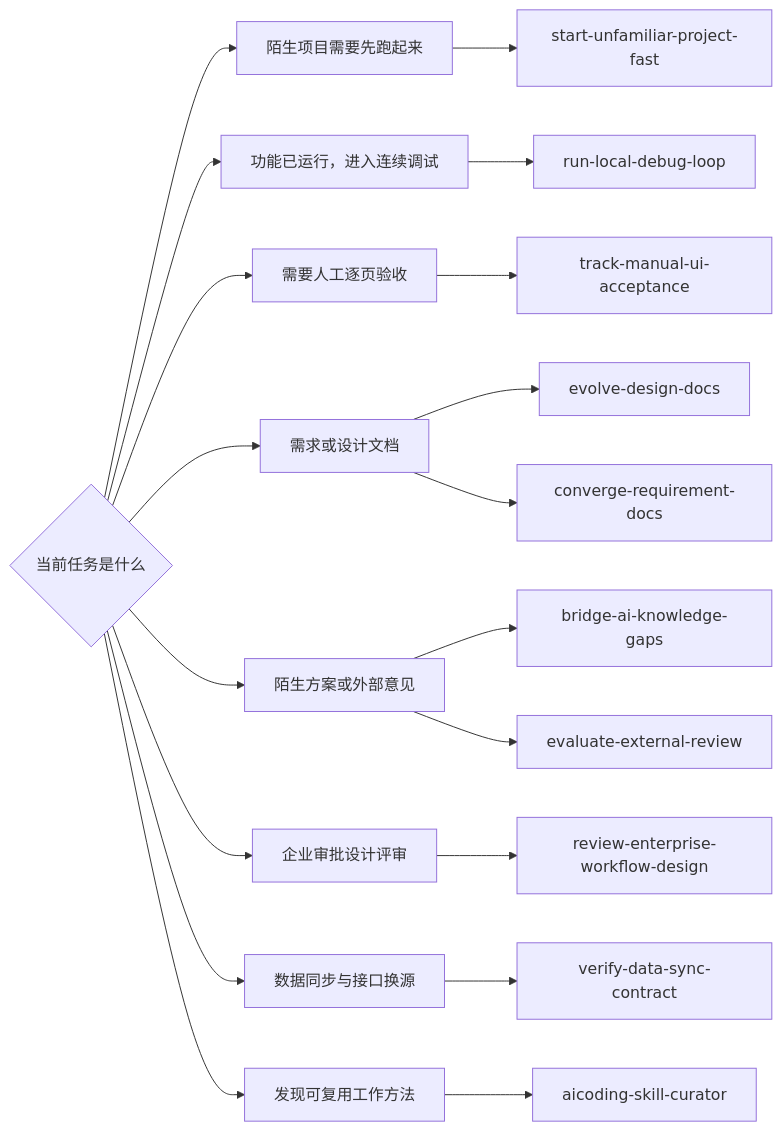
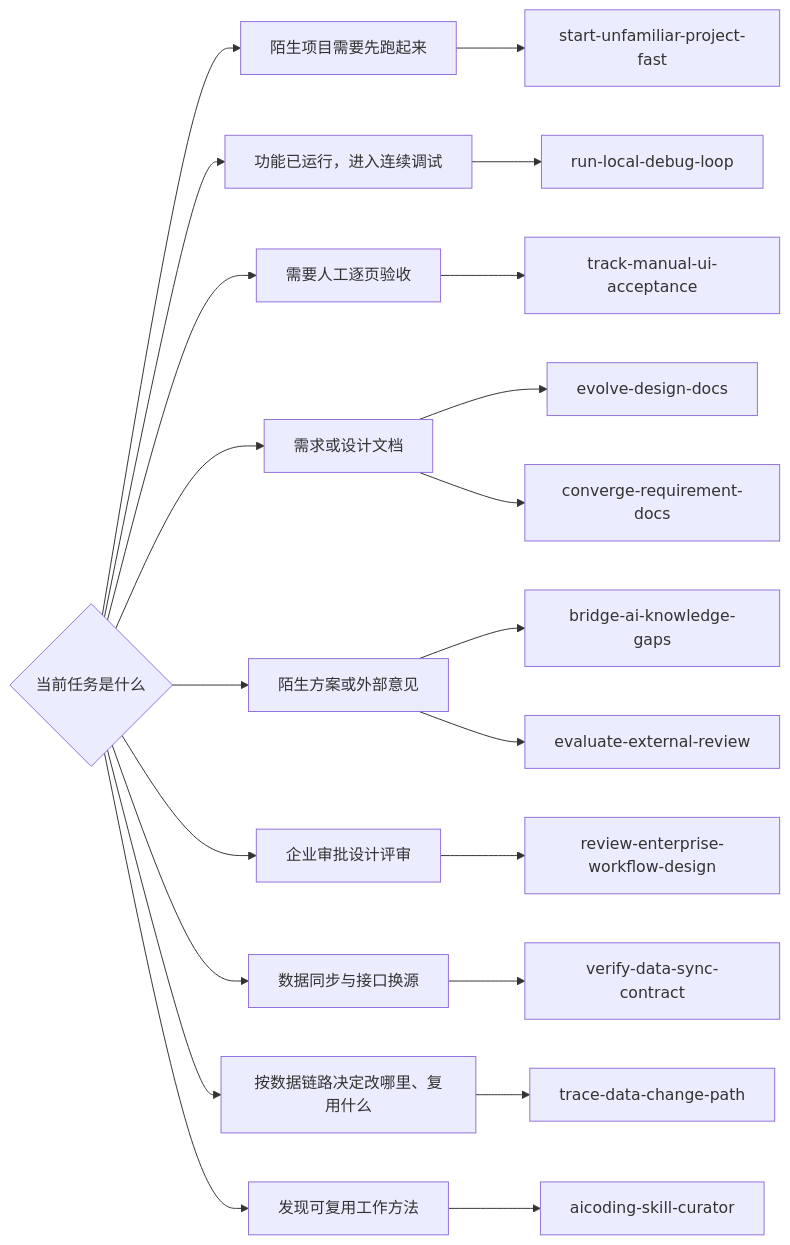
Before and after one commit to KelvinFanXian/aicoding: the diagram in README.md, drawn with Mermaid. The commit also changed other lines of this file and 7 other files, not shown here.

````diff
--- a/README.md
+++ b/README.md
@@ -41,22 +44,24 @@
 ```mermaid
 flowchart LR
     Q{当前任务是什么}
     Q --> A[陌生项目需要先跑起来]
     A --> A1[start-unfamiliar-project-fast]
     Q --> B[功能已运行，进入连续调试]
     B --> B1[run-local-debug-loop]
     Q --> C[需要人工逐页验收]
     C --> C1[track-manual-ui-acceptance]
     Q --> D[需求或设计文档]
     D --> D1[evolve-design-docs]
     D --> D2[converge-requirement-docs]
     Q --> E[陌生方案或外部意见]
     E --> E1[bridge-ai-knowledge-gaps]
     E --> E2[evaluate-external-review]
     Q --> F[企业审批设计评审]
     F --> F1[review-enterprise-workflow-design]
     Q --> H[数据同步与接口换源]
     H --> H1[verify-data-sync-contract]
+    Q --> I[按数据链路决定改哪里、复用什么]
+    I --> I1[trace-data-change-path]
     Q --> G[发现可复用工作方法]
     G --> G1[aicoding-skill-curator]
 ```
````
